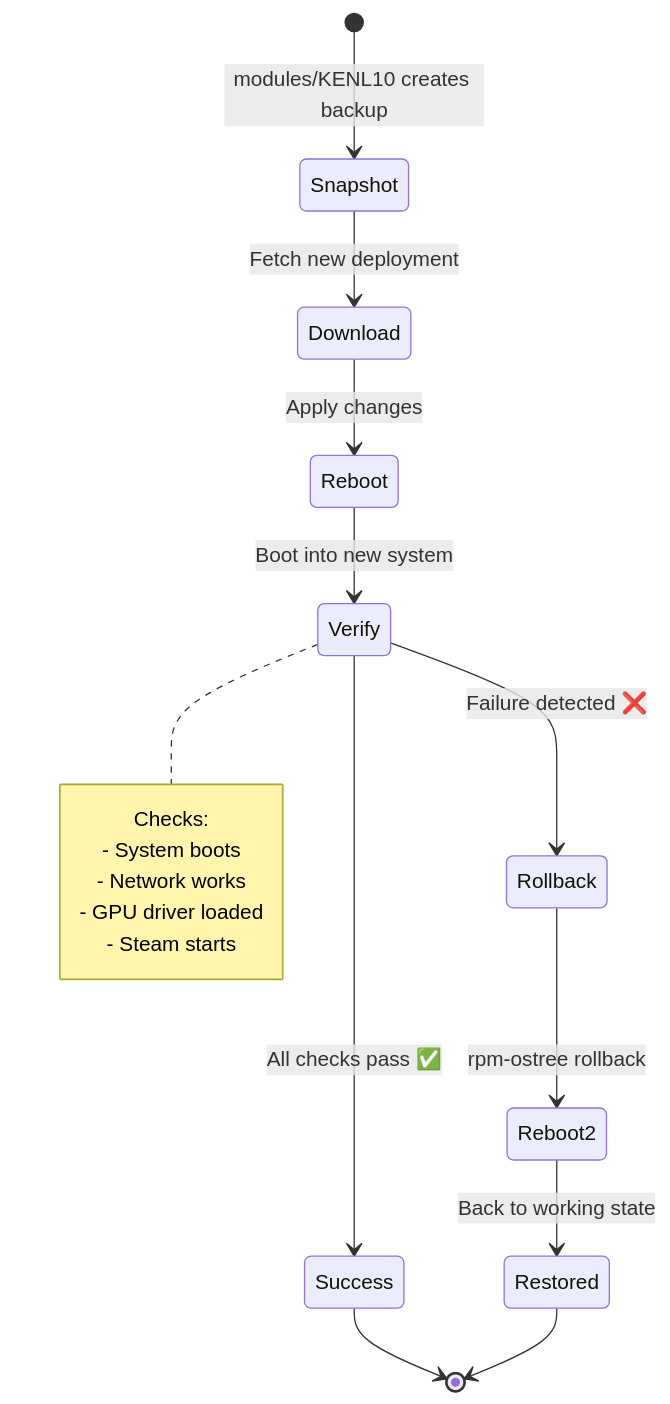
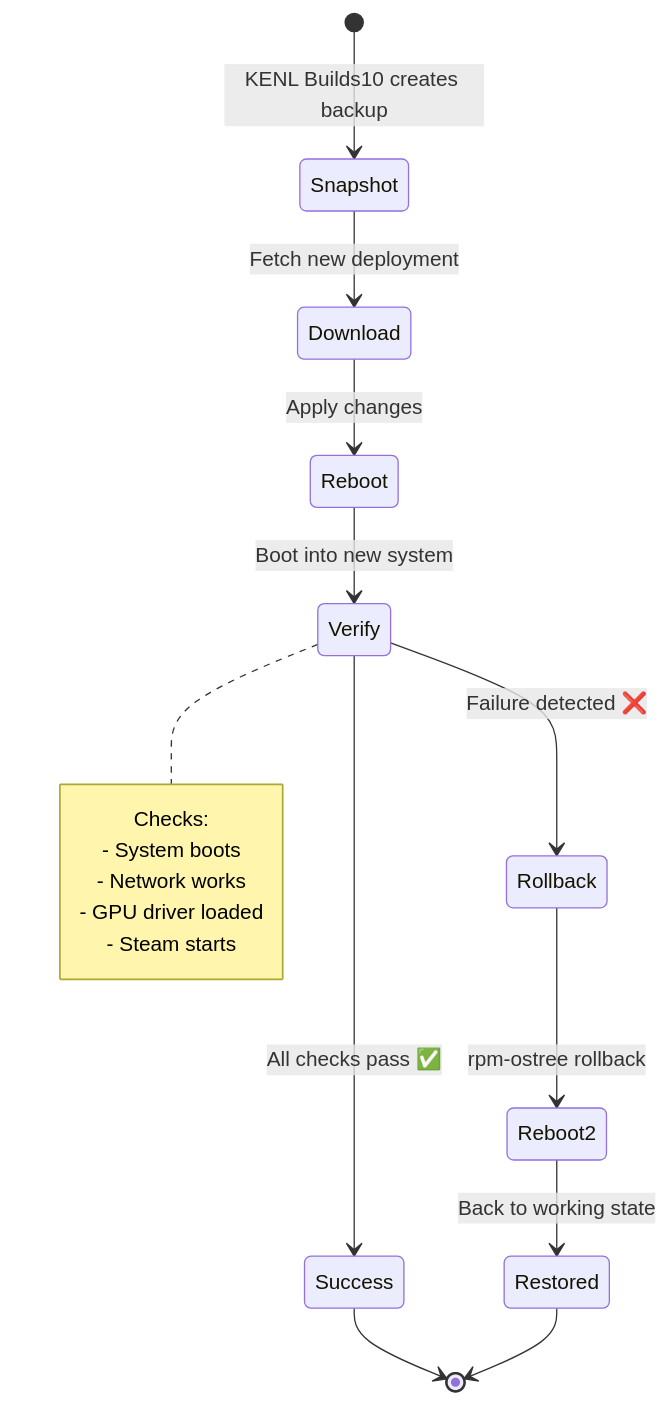
One commit to toolate28/kenl changed the sixth of 9 diagrams in README.md. Above: the diagram before and after it, drawn with Mermaid. The commit also changed other lines of this file, not shown here.

````diff
--- a/README.md
+++ b/README.md
@@ -537,21 +537,21 @@
 ```mermaid
 stateDiagram-v2
-    [*] --> Snapshot: modules/KENL10 creates backup
+    [*] --> Snapshot: KENL Builds10 creates backup
     Snapshot --> Download: Fetch new deployment
     Download --> Reboot: Apply changes
     Reboot --> Verify: Boot into new system
     Verify --> Success: All checks pass ✅
     Verify --> Rollback: Failure detected ❌
     Success --> [*]
     Rollback --> Reboot2: rpm-ostree rollback
     Reboot2 --> Restored: Back to working state
     Restored --> [*]
 
     note right of Verify
         Checks:
         - System boots
         - Network works
         - GPU driver loaded
         - Steam starts
     end note
 ```
````
